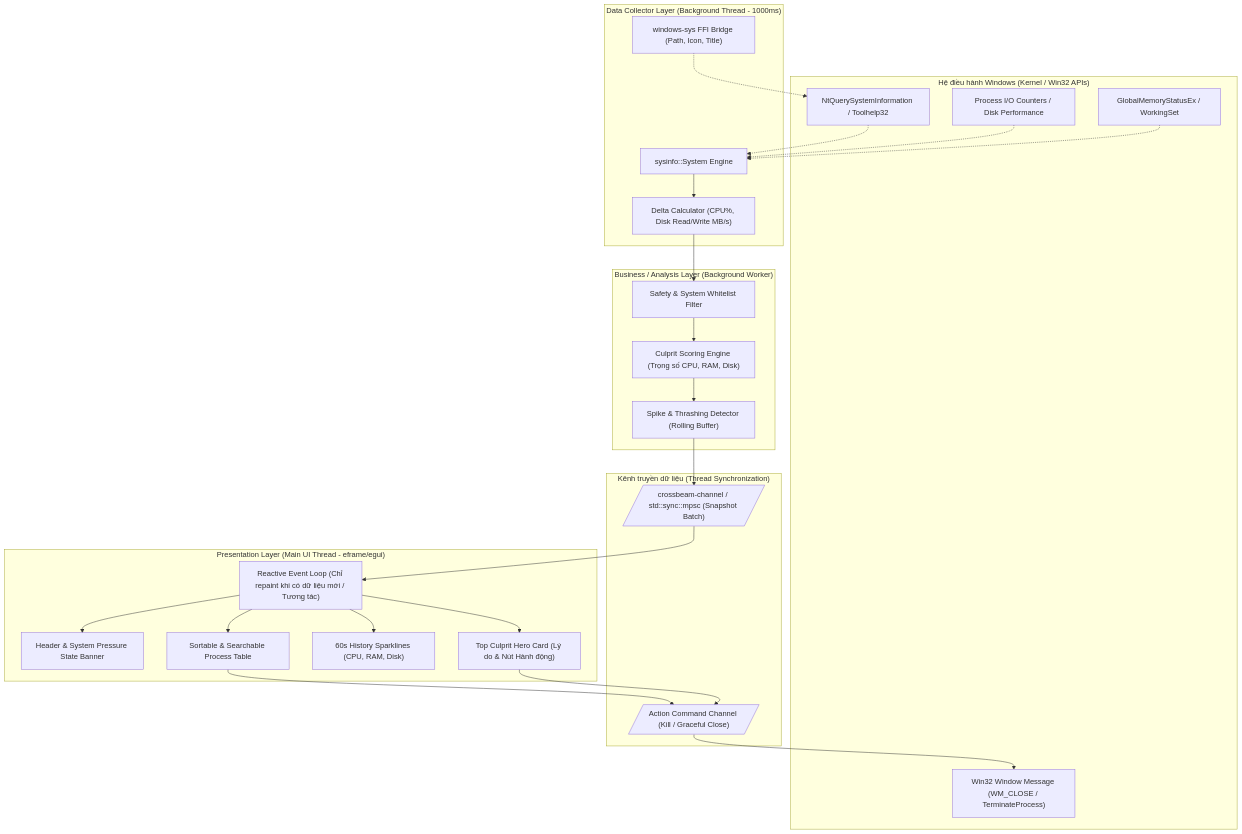
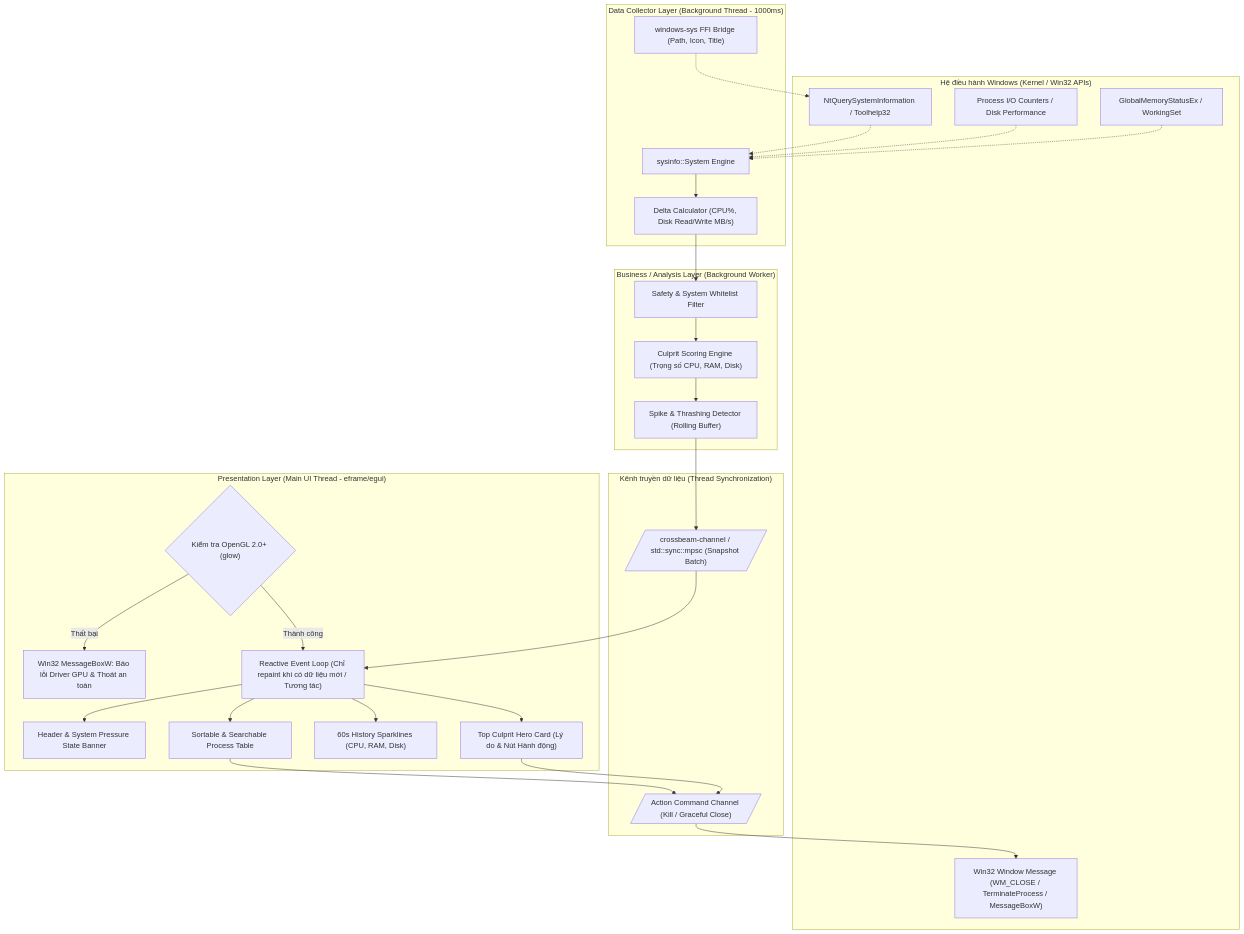
One commit to ngoc24794/SlowSpot changed the diagram in docs/kien-truc.md. Above: the diagram before and after it, drawn with Mermaid. The commit also changed other lines of this file and 1 other file, not shown here.

````diff
--- a/docs/kien-truc.md
+++ b/docs/kien-truc.md
@@ -17,56 +17,60 @@
 ```mermaid
 flowchart TD
     subgraph OS_Layer ["Hệ điều hành Windows (Kernel / Win32 APIs)"]
         WinProc["NtQuerySystemInformation / Toolhelp32"]
         WinDisk["Process I/O Counters / Disk Performance"]
         WinMem["GlobalMemoryStatusEx / WorkingSet"]
-        WinMsg["Win32 Window Message (WM_CLOSE / TerminateProcess)"]
+        WinMsg["Win32 Window Message (WM_CLOSE / TerminateProcess / MessageBoxW)"]
     end
 
     subgraph Data_Layer ["Data Collector Layer (Background Thread - 1000ms)"]
         SysinfoCore["sysinfo::System Engine"]
         DeltaCalc["Delta Calculator (CPU%, Disk Read/Write MB/s)"]
         WinSysNative["windows-sys FFI Bridge (Path, Icon, Title)"]
         SysinfoCore --> DeltaCalc
     end
 
     subgraph Domain_Layer ["Business / Analysis Layer (Background Worker)"]
         SafetyFilter["Safety & System Whitelist Filter"]
         CulpritScorer["Culprit Scoring Engine (Trọng số CPU, RAM, Disk)"]
         SpikeDetector["Spike & Thrashing Detector (Rolling Buffer)"]
         DeltaCalc --> SafetyFilter
         SafetyFilter --> CulpritScorer
         CulpritScorer --> SpikeDetector
     end
 
     subgraph IPC_Channel ["Kênh truyền dữ liệu (Thread Synchronization)"]
         DataChannel[/"crossbeam-channel / std::sync::mpsc (Snapshot Batch)"/]
         CommandChannel[/"Action Command Channel (Kill / Graceful Close)"/]
     end
 
     subgraph Presentation_Layer ["Presentation Layer (Main UI Thread - eframe/egui)"]
+        InitCheck{"Kiểm tra OpenGL 2.0+ (glow)"}
+        FallbackBox["Win32 MessageBoxW: Báo lỗi Driver GPU & Thoát an toàn"]
         HeaderBanner["Header & System Pressure State Banner"]
         CulpritHero["Top Culprit Hero Card (Lý do & Nút Hành động)"]
         Sparklines["60s History Sparklines (CPU, RAM, Disk)"]
         ProcessGrid["Sortable & Searchable Process Table"]
         UI_EventLoop["Reactive Event Loop (Chỉ repaint khi có dữ liệu mới / Tương tác)"]
         
+        InitCheck -- Thất bại --> FallbackBox
+        InitCheck -- Thành công --> UI_EventLoop
         UI_EventLoop --> HeaderBanner
         UI_EventLoop --> CulpritHero
         UI_EventLoop --> Sparklines
         UI_EventLoop --> ProcessGrid
     end
 
     %% Data Connections
     WinProc -.-> SysinfoCore
     WinDisk -.-> SysinfoCore
     WinMem -.-> SysinfoCore
     WinSysNative -.-> WinProc
     
     SpikeDetector --> DataChannel
     DataChannel --> UI_EventLoop
     
     ProcessGrid --> CommandChannel
     CulpritHero --> CommandChannel
     CommandChannel --> WinMsg
 ```
````
